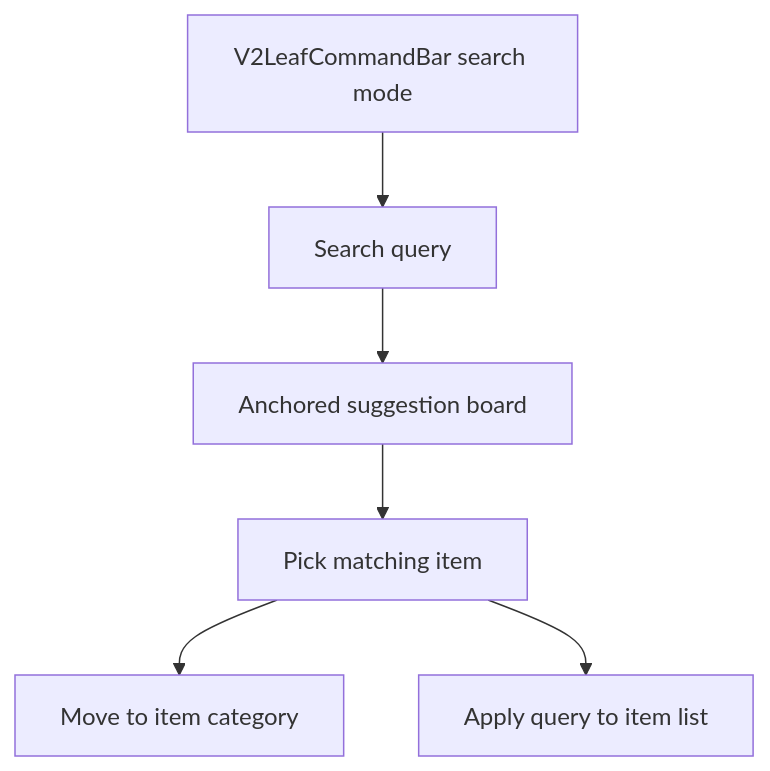
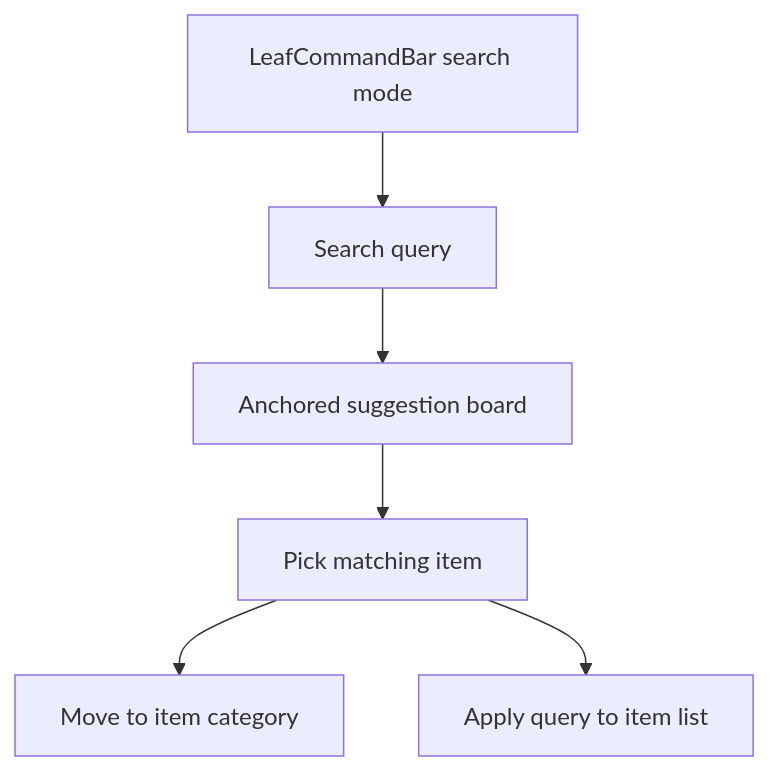
The diagram in docs/v2-notes/006-search-suggestions-direction.md (U-Keun/Tickly), drawn with Mermaid before and after one commit. The commit also changed other lines of this file and 167 other files, not shown here.

````diff
--- a/docs/v2-notes/006-search-suggestions-direction.md
+++ b/docs/v2-notes/006-search-suggestions-direction.md
@@ -9,8 +9,8 @@
 ```mermaid
 flowchart TB
-  Command["V2LeafCommandBar search mode"] --> Query["Search query"]
+  Command["LeafCommandBar search mode"] --> Query["Search query"]
   Query --> Suggest["Anchored suggestion board"]
   Suggest --> Pick["Pick matching item"]
   Pick --> Category["Move to item category"]
   Pick --> Filter["Apply query to item list"]
 ```
````
